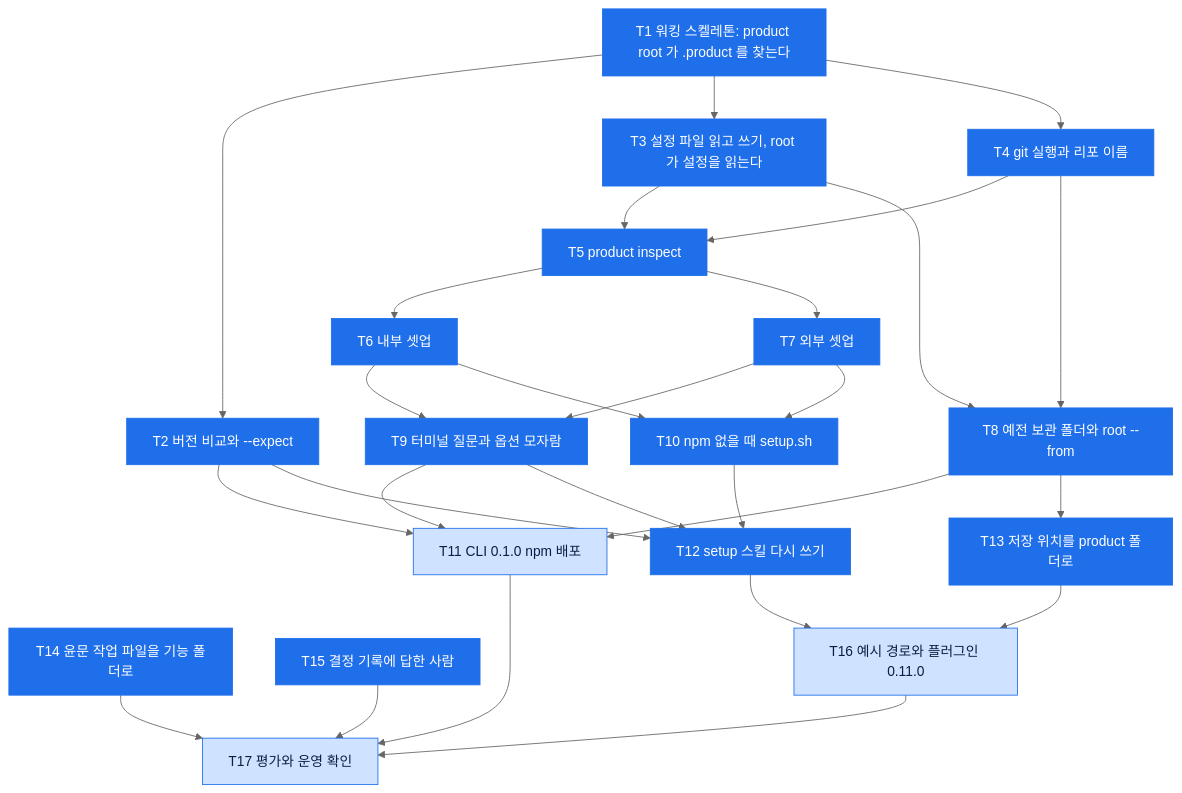
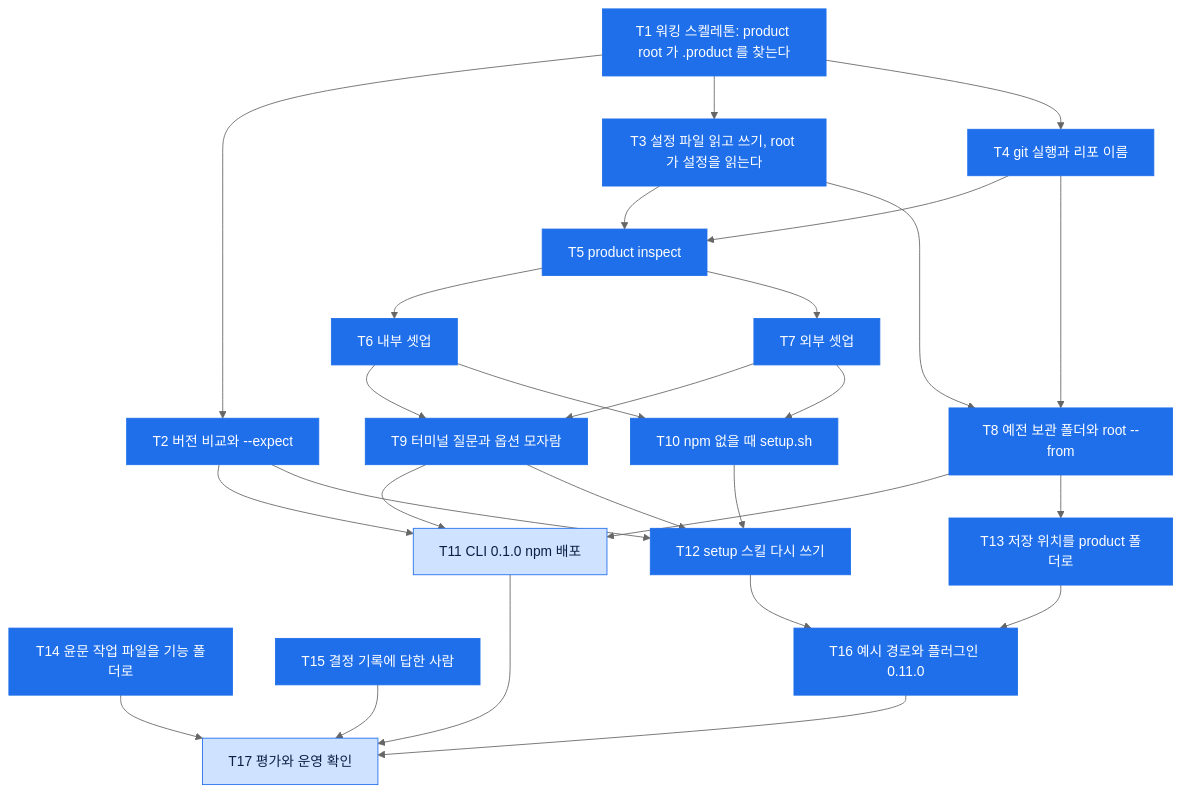
The diagram in .product/features/261122_setup-method/tasks.md (dorage/product-skills), drawn with Mermaid (neutral theme) before and after one commit. The commit also changed other lines of this file and 11 other files, not shown here.

````diff
--- a/.product/features/261122_setup-method/tasks.md
+++ b/.product/features/261122_setup-method/tasks.md
@@ -7,50 +7,50 @@
 ```mermaid
 flowchart TD
     T1["T1 워킹 스켈레톤: product root 가 .product 를 찾는다"]
     T2["T2 버전 비교와 --expect"]
     T3["T3 설정 파일 읽고 쓰기, root 가 설정을 읽는다"]
     T4["T4 git 실행과 리포 이름"]
     T5["T5 product inspect"]
     T6["T6 내부 셋업"]
     T7["T7 외부 셋업"]
     T8["T8 예전 보관 폴더와 root --from"]
     T9["T9 터미널 질문과 옵션 모자람"]
     T10["T10 npm 없을 때 setup.sh"]
     T11["T11 CLI 0.1.0 npm 배포"]
     T12["T12 setup 스킬 다시 쓰기"]
     T13["T13 저장 위치를 product 폴더로"]
     T14["T14 윤문 작업 파일을 기능 폴더로"]
     T15["T15 결정 기록에 답한 사람"]
     T16["T16 예시 경로와 플러그인 0.11.0"]
     T17["T17 평가와 운영 확인"]
     T1 --> T2
     T1 --> T3
     T1 --> T4
     T3 --> T5
     T4 --> T5
     T5 --> T6
     T5 --> T7
     T3 --> T8
     T4 --> T8
     T6 --> T9
     T7 --> T9
     T6 --> T10
     T7 --> T10
     T2 --> T11
     T8 --> T11
     T9 --> T11
     T9 --> T12
     T10 --> T12
     T2 --> T12
     T8 --> T13
     T12 --> T16
     T13 --> T16
     T11 --> T17
     T14 --> T17
     T15 --> T17
     T16 --> T17
     classDef done fill:#1f6feb,stroke:#1f6feb,color:#ffffff
     classDef todo fill:#cfe2ff,stroke:#1f6feb,color:#0b1f44
-    class T1,T2,T3,T4,T5,T6,T7,T8,T9,T10,T12,T13,T14,T15 done
-    class T11,T16,T17 todo
+    class T1,T2,T3,T4,T5,T6,T7,T8,T9,T10,T12,T13,T14,T15,T16 done
+    class T11,T17 todo
 ```
````
